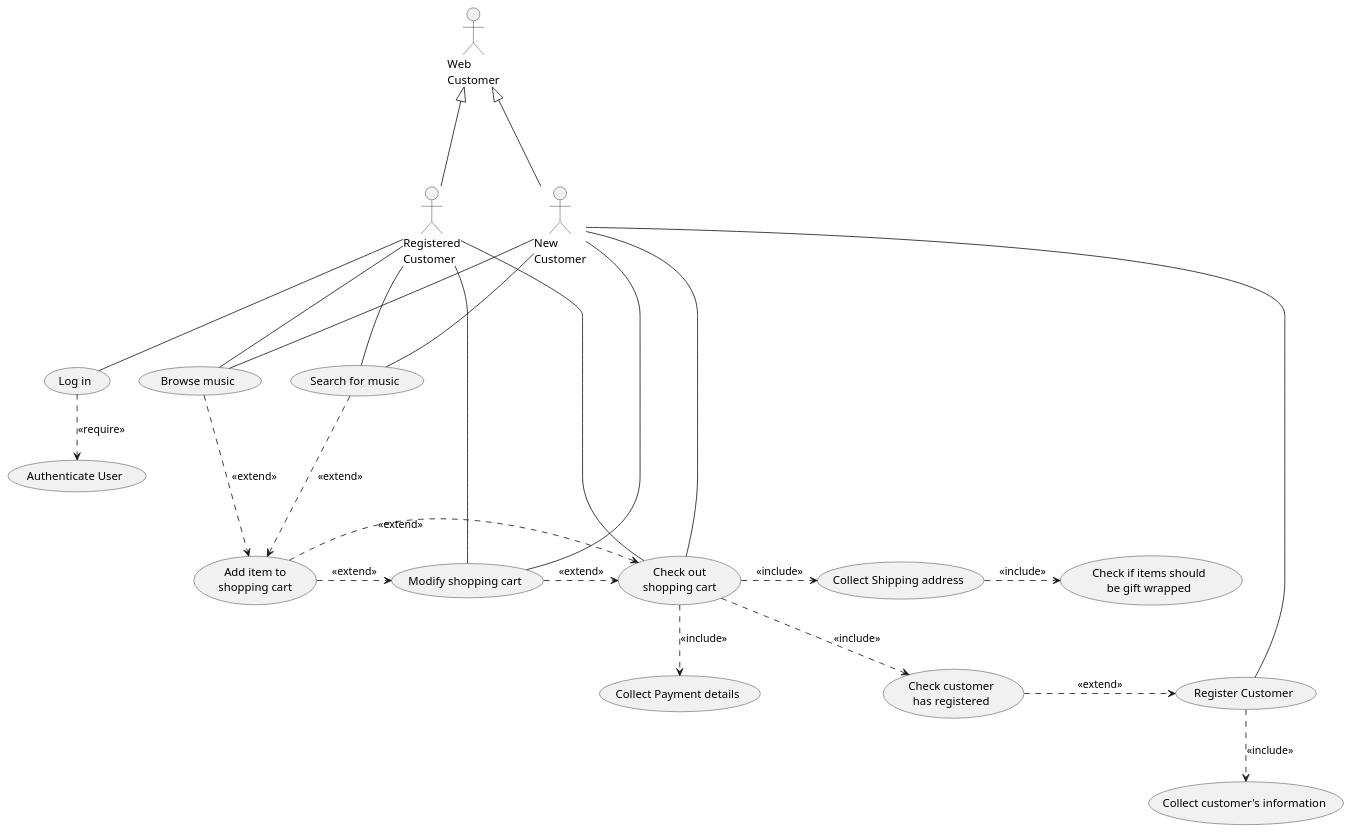
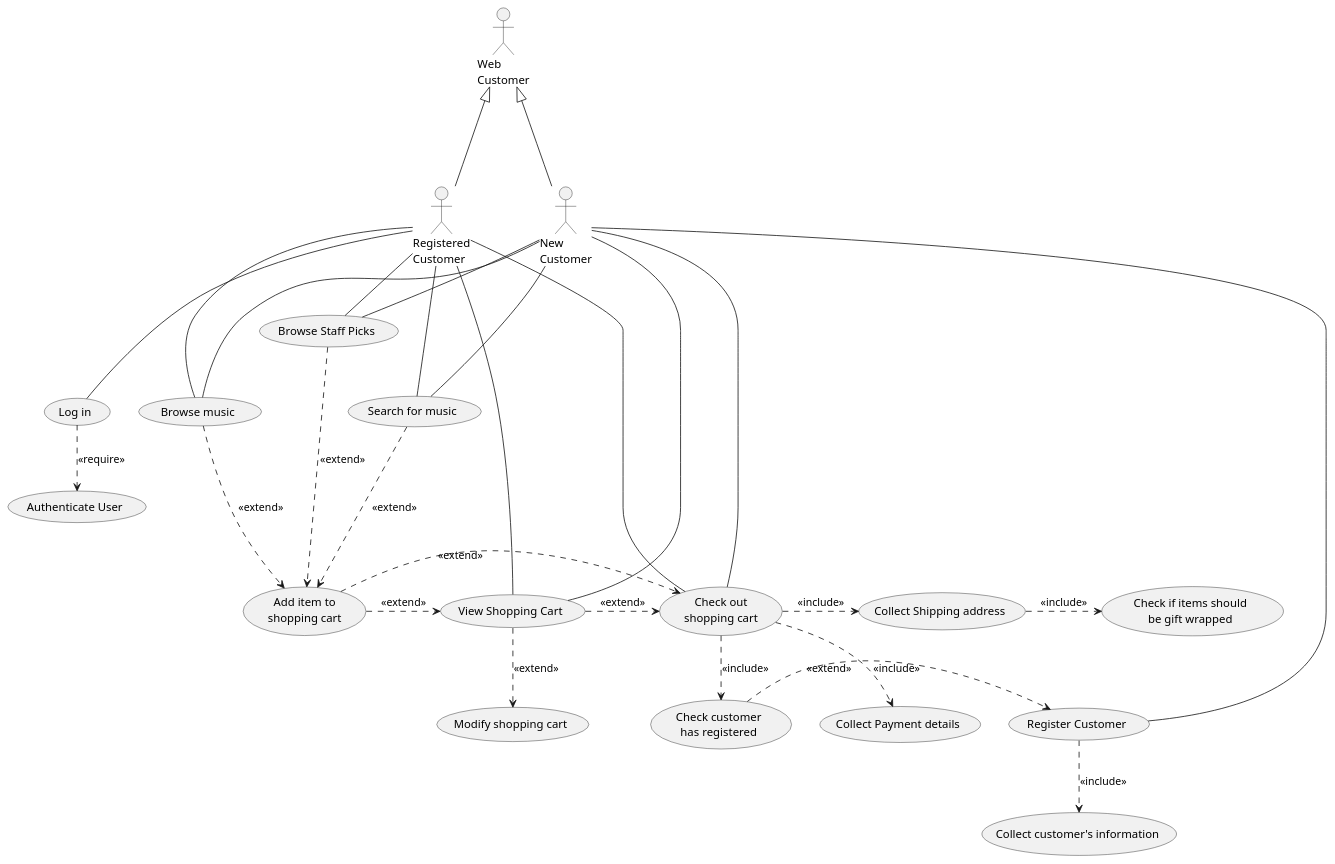
Before and after one commit to shaystevens/INFO201-assignments: the diagram in milestone2/onlineshopping.puml, drawn with PlantUML.

Commit message:
online shopping use case diagram

```diff
--- a/milestone2/onlineshopping.puml
+++ b/milestone2/onlineshopping.puml
@@ -1,46 +1,52 @@
 @startuml onlineshopping
 actor :Registered\nCustomer: as RegisteredCustomer
 actor :New\nCustomer: as NewCustomer
 actor :Web\nCustomer: as WebCustomer
 
 usecase (Search for music) as SearchForMusic
 usecase (Browse music) as BrowseMusic
+usecase (Browse Staff Picks) as BrowseStaffPicks
 usecase (Add item to\nshopping cart) as AddItem
+usecase (View Shopping Cart) as ViewCart
 usecase (Modify shopping cart) as ModifyCart
 usecase (Check out\nshopping cart) as Checkout 
 usecase (Register Customer) as RegisterCustomer 
 usecase (Collect customer's information) as CollectCustomerInformation
 usecase (Check customer\nhas registered) as checkregister
 usecase (Collect Shipping address) as CollectAddress
 usecase (Collect Payment details) as CollectPayment
 usecase (Check if items should\nbe gift wrapped) as GiftWrap
 usecase (Log in) as Login
 usecase (Authenticate User) as Authenticate
 
 RegisteredCustomer --- Login
 NewCustomer -- RegisterCustomer
 RegisteredCustomer --- BrowseMusic
+RegisteredCustomer -- BrowseStaffPicks
+NewCustomer -- BrowseStaffPicks
 NewCustomer --- BrowseMusic
 RegisteredCustomer --- SearchForMusic
 NewCustomer --- SearchForMusic
 AddItem .> Checkout : <<extend>>
 SearchForMusic ...> AddItem : <<extend>>
 BrowseMusic .> AddItem : <<extend>>
-RegisteredCustomer -- ModifyCart 
-NewCustomer -- ModifyCart
-ModifyCart .> Checkout : <<extend>>
-AddItem .> ModifyCart : <<extend>>
+BrowseStaffPicks ..> AddItem : <<extend>>
+RegisteredCustomer -- ViewCart
+NewCustomer -- ViewCart
+ViewCart .> Checkout : <<extend>>
+ViewCart ..> ModifyCart : <<extend>>
+AddItem .> ViewCart : <<extend>>
 NewCustomer -- Checkout
 RegisteredCustomer -- Checkout
 WebCustomer <|--- RegisteredCustomer
 WebCustomer <|--- NewCustomer
 RegisterCustomer ..> CollectCustomerInformation : <<include>>
 Checkout ..> checkregister : <<include>>
 checkregister .> RegisterCustomer : <<extend>>
 Checkout .> CollectAddress : <<include>>
 CollectAddress .> GiftWrap : <<include>>
 Checkout ..> CollectPayment : <<include>>
 Login ..> Authenticate : <<require>>
 
 
 @enduml
```
